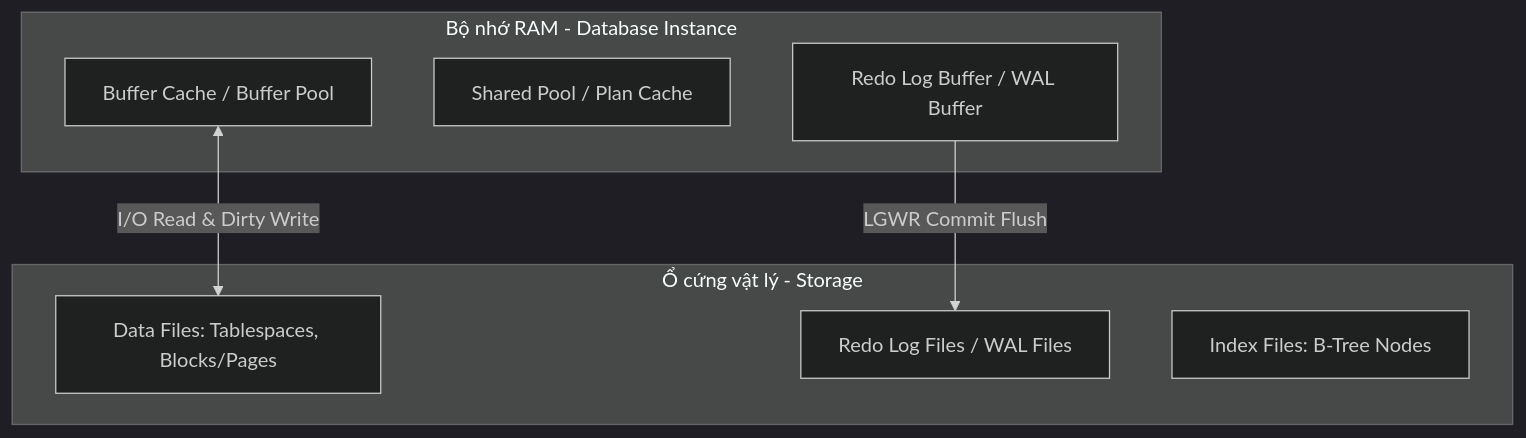
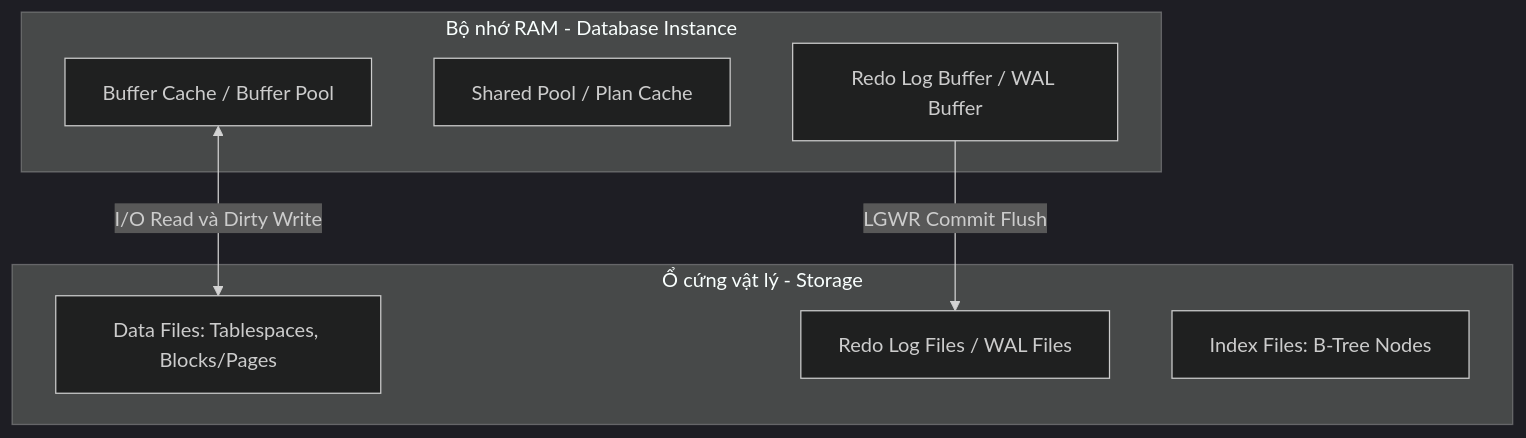
One commit to longhalo1803/second-brain changed the diagram in Database-knowledge/00 - Maps of Content/MOC - Storage & Engine.md. Above: the diagram before and after it, drawn with Mermaid (dark theme). The commit also changed 59 other files, not shown here.

Commit message:
feat(DSA-knowledge): update metadata, mermaid diagrams, and formatting across knowledge base notes

````diff
--- a/Database-knowledge/00 - Maps of Content/MOC - Storage & Engine.md
+++ b/Database-knowledge/00 - Maps of Content/MOC - Storage & Engine.md
@@ -27,15 +27,15 @@
 ```mermaid
 graph TD
     subgraph RAM [Bộ nhớ RAM - Database Instance]
         BC[Buffer Cache / Buffer Pool]
         SP[Shared Pool / Plan Cache]
         RB[Redo Log Buffer / WAL Buffer]
     end
     subgraph DISK [Ổ cứng vật lý - Storage]
         DF[Data Files: Tablespaces, Blocks/Pages]
         RL[Redo Log Files / WAL Files]
         IDX[Index Files: B-Tree Nodes]
     end
-    BC <-->|I/O Read & Dirty Write| DF
+    BC <-->|I/O Read và Dirty Write| DF
     RB -->|LGWR Commit Flush| RL
 ```
````
